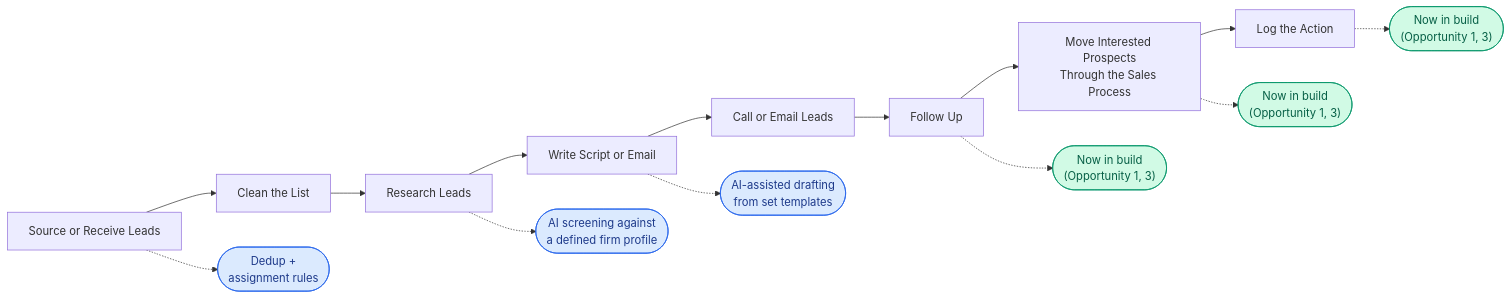
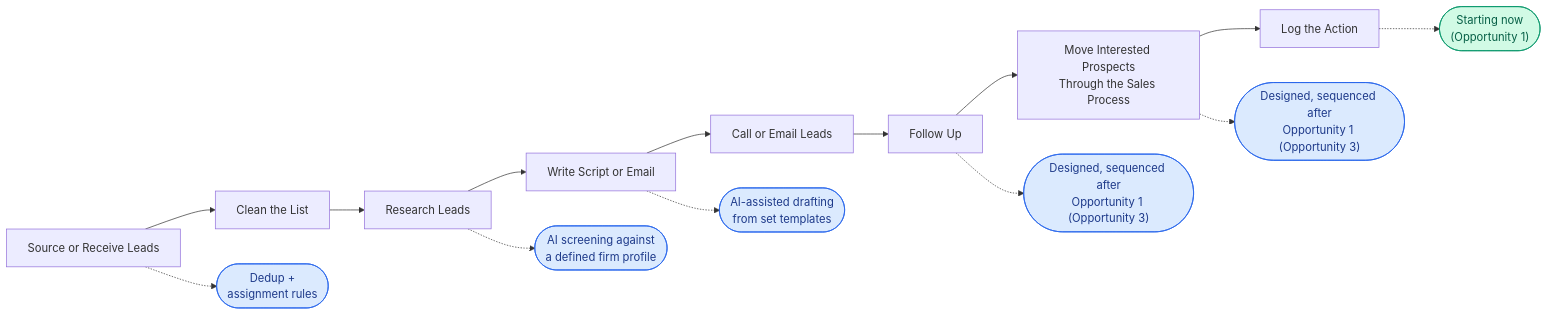
One commit to jsaponara42/ai-assistant-doc-storage changed the eighth of 8 diagrams in business/projects/client-projects/26061201_capital-financing/client-facing-deliverables/20260910_capital-financing-opportunity-map-final.md. Above: the diagram before and after it, drawn with Mermaid. The commit also changed other lines of this file and 3 other files, not shown here.

````diff
--- a/business/projects/client-projects/26061201_capital-financing/client-facing-deliverables/20260910_capital-financing-opportunity-map-final.md
+++ b/business/projects/client-projects/26061201_capital-financing/client-facing-deliverables/20260910_capital-financing-opportunity-map-final.md
@@ -384,27 +384,27 @@
 ```mermaid
 flowchart LR
     classDef quickwin fill:#d1fae5,stroke:#059669,color:#065f46
     classDef nearterm fill:#dbeafe,stroke:#2563eb,color:#1e3a8a
 
     A[Source or Receive Leads] --> B[Clean the List]
     B --> C[Research Leads]
     C --> D[Write Script or Email]
     D --> E[Call or Email Leads]
     E --> F[Follow Up]
     F --> G["Move Interested Prospects\nThrough the Sales Process"]
     G --> H[Log the Action]
 
     A -.-> P1(["Dedup +\nassignment rules"])
     C -.-> P2(["AI screening against\na defined firm profile"])
     D -.-> P3(["AI-assisted drafting\nfrom set templates"])
-    F -.-> P4(["Now in build\n(Opportunity 1, 3)"])
-    G -.-> P5(["Now in build\n(Opportunity 1, 3)"])
-    H -.-> P6(["Now in build\n(Opportunity 1, 3)"])
+    F -.-> P4(["Designed, sequenced after\nOpportunity 1 (Opportunity 3)"])
+    G -.-> P5(["Designed, sequenced after\nOpportunity 1 (Opportunity 3)"])
+    H -.-> P6(["Starting now\n(Opportunity 1)"])
 
     class P1 nearterm
     class P2 nearterm
     class P3 nearterm
-    class P4 quickwin
-    class P5 quickwin
+    class P4 nearterm
+    class P5 nearterm
     class P6 quickwin
 ```
````
